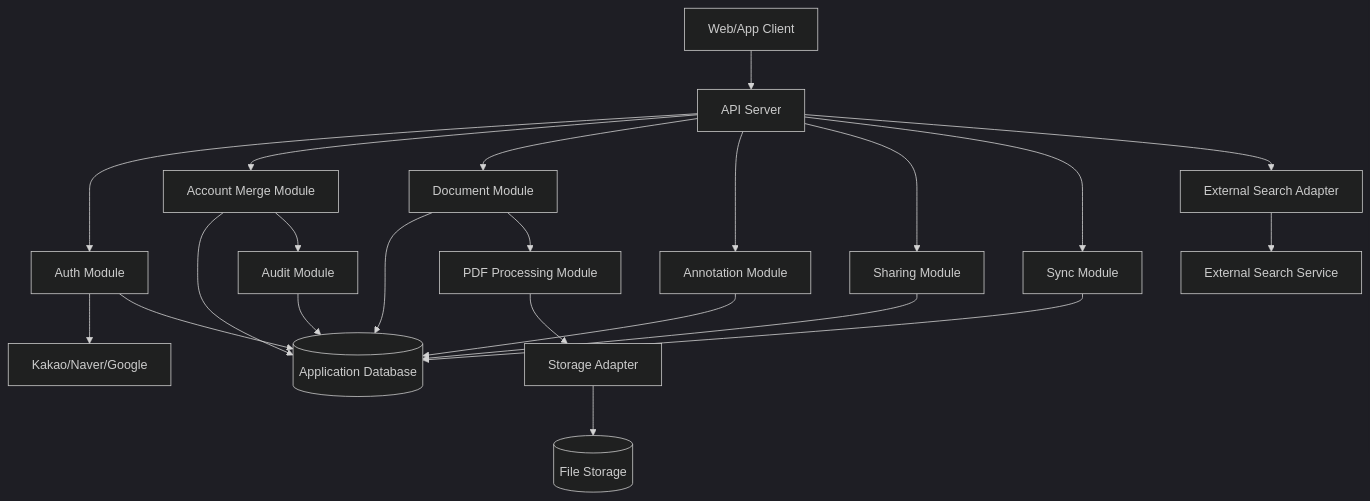
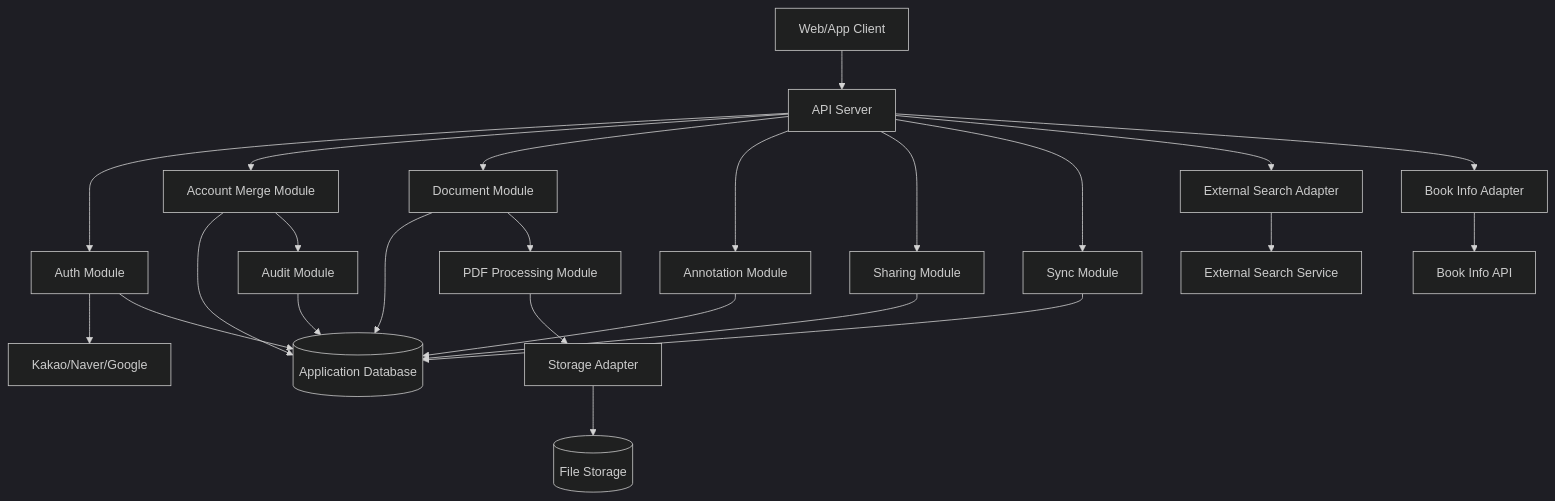
One commit to jkoogit/PDFowers changed the first of 4 diagrams in docs/00_산출물/01_프로젝트산출물/03_아키텍처문서.md. Above: the diagram before and after it, drawn with Mermaid (dark theme). The commit also changed other lines of this file and 11 other files, not shown here.

````diff
--- a/docs/00_산출물/01_프로젝트산출물/03_아키텍처문서.md
+++ b/docs/00_산출물/01_프로젝트산출물/03_아키텍처문서.md
@@ -18,41 +18,45 @@
 ```mermaid
 flowchart TB
     Client["Web/App Client"]
     API["API Server"]
     Auth["Auth Module"]
     Merge["Account Merge Module"]
     Doc["Document Module"]
     Pdf["PDF Processing Module"]
     Ann["Annotation Module"]
     Share["Sharing Module"]
     Sync["Sync Module"]
     Storage["Storage Adapter"]
     Audit["Audit Module"]
     Search["External Search Adapter"]
+    BookInfo["Book Info Adapter"]
     DB[("Application Database")]
     FileStore[("File Storage")]
     Providers["Kakao/Naver/Google"]
     ExternalSearch["External Search Service"]
+    BookInfoService["Book Info API"]
 
     Client --> API
     API --> Auth
     API --> Merge
     API --> Doc
     API --> Ann
     API --> Share
     API --> Sync
     API --> Search
+    API --> BookInfo
     Auth --> Providers
     Auth --> DB
     Merge --> DB
     Merge --> Audit
     Doc --> DB
     Doc --> Pdf
     Pdf --> Storage
     Storage --> FileStore
     Ann --> DB
     Share --> DB
     Sync --> DB
     Audit --> DB
     Search --> ExternalSearch
+    BookInfo --> BookInfoService
 ```
````
